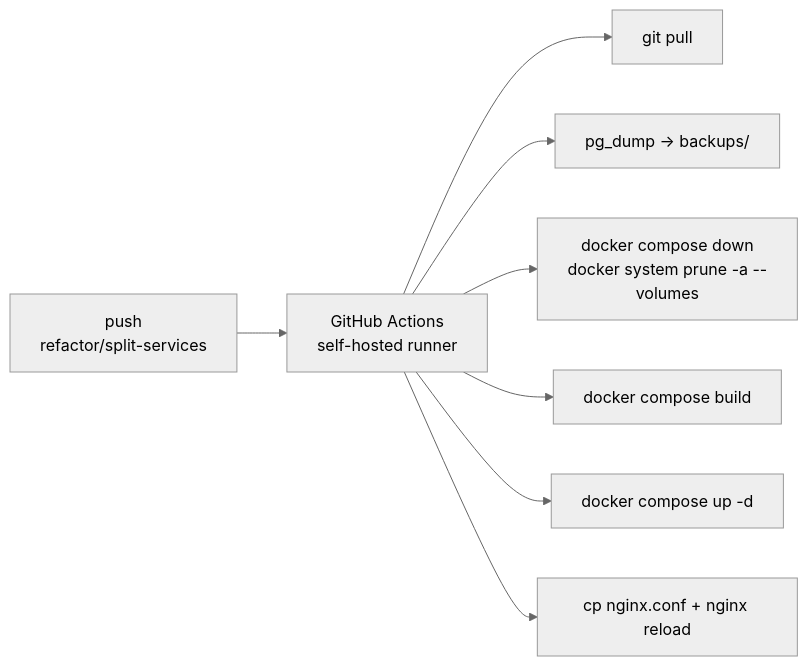
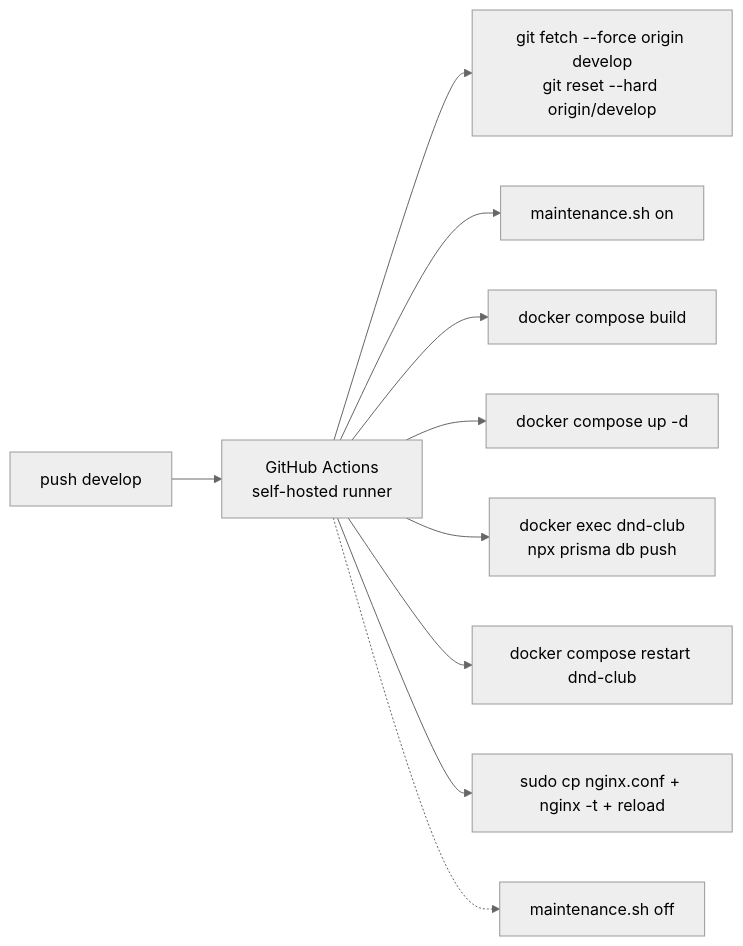
The second of 2 diagrams in README.md (perryshe/dnd-club), drawn with Mermaid (neutral theme) before and after one commit. The commit also changed other lines of this file and 2 other files, not shown here.

Commit message:
fix: remove dangerous prisma db push from book-club entrypoints + comprehensive README

````diff
--- a/README.md
+++ b/README.md
@@ -104,10 +161,12 @@
 ```mermaid
 graph LR
-    DEV[push<br/>refactor/split-services] --> ACT[GitHub Actions<br/>self-hosted runner]
-    ACT --> PULL[git pull]
-    ACT --> BACKUP[pg_dump → backups/]
-    ACT --> CLEAN[docker compose down<br/>docker system prune -a --volumes]
+    DEV[push develop] --> ACT[GitHub Actions<br/>self-hosted runner]
+    ACT --> PULL[git fetch --force origin develop<br/>git reset --hard origin/develop]
+    ACT --> MAINT[maintenance.sh on]
     ACT --> BUILD[docker compose build]
     ACT --> UP[docker compose up -d]
-    ACT --> NGINX[cp nginx.conf + nginx reload]
+    ACT --> PUSH[docker exec dnd-club<br/>npx prisma db push]
+    ACT --> RESTART[docker compose restart dnd-club]
+    ACT --> NGINX[sudo cp nginx.conf + nginx -t + reload]
+    ACT -.-> MAINT_OFF[maintenance.sh off]
 ```
````
